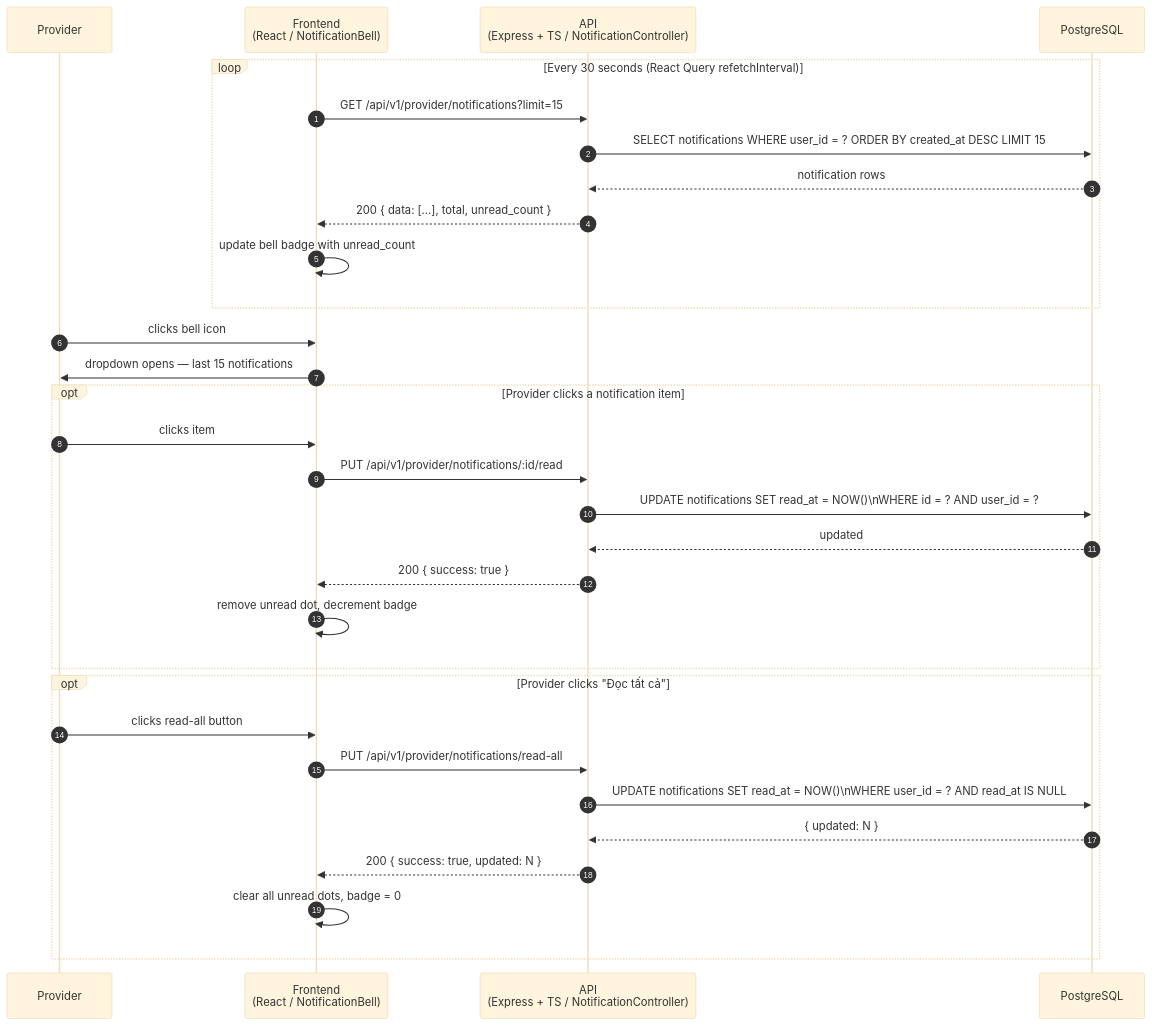
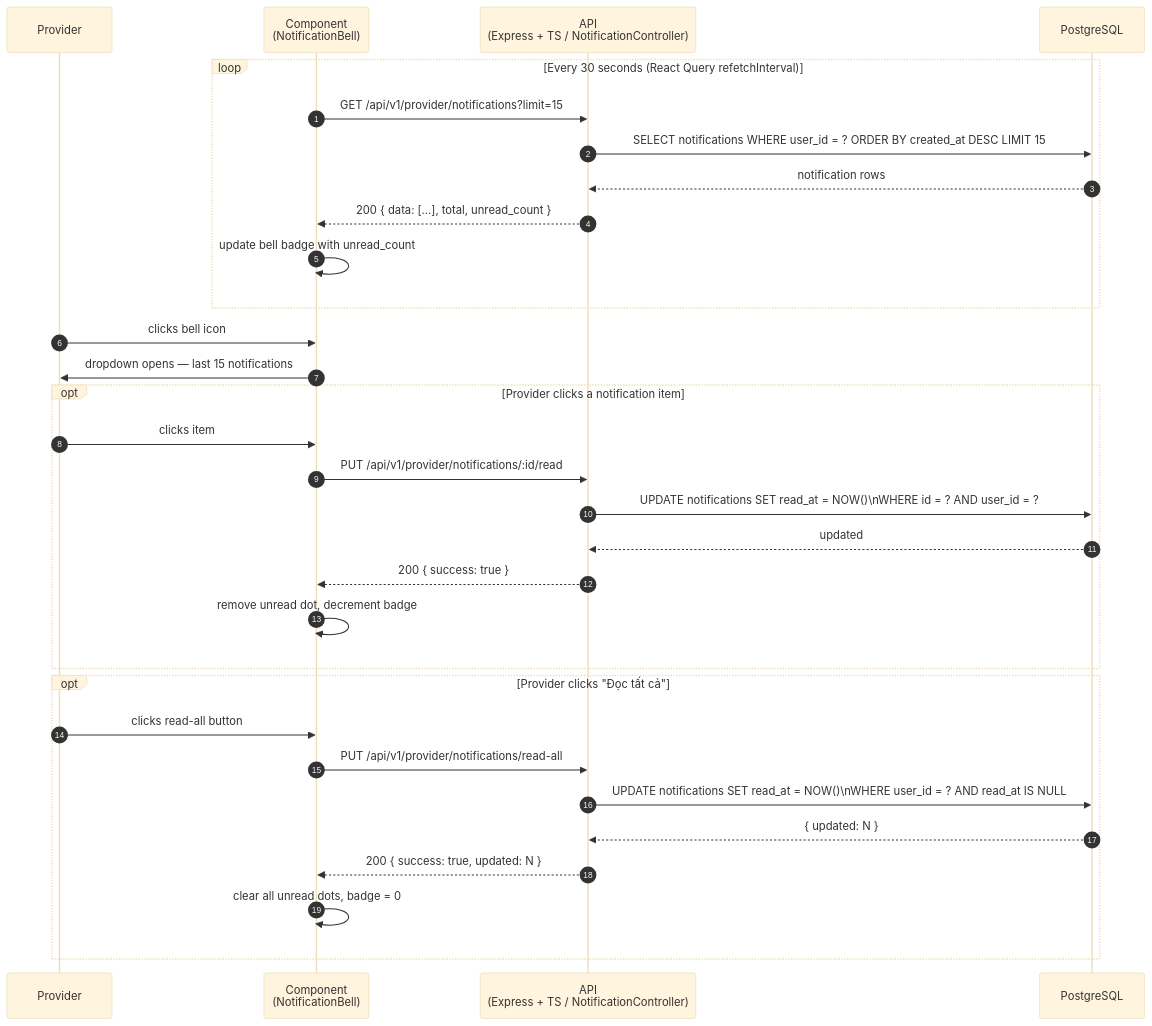
The eighth of 10 diagrams in docs/diagrams/sequence/sequence-flow-provider-onboarding-subscription.md (RCField-SEP490/rcfield-spec), drawn with Mermaid (base theme) before and after one commit. The commit also changed other lines of this file and 15 other files, not shown here.

First line of the commit message:
Add sequence flow diagrams for provider, staff, and supporting operations

````diff
--- a/docs/diagrams/sequence/sequence-flow-provider-onboarding-subscription.md
+++ b/docs/diagrams/sequence/sequence-flow-provider-onboarding-subscription.md
@@ -336,37 +336,37 @@
 ```mermaid
 sequenceDiagram
     autonumber
     participant P as Provider
-    participant MB as Frontend<br/>(React / NotificationBell)
+    participant MB as Component<br/>(NotificationBell)
     participant B as API<br/>(Express + TS / NotificationController)
     participant DB as PostgreSQL
 
     loop Every 30 seconds (React Query refetchInterval)
         MB->>B: GET /api/v1/provider/notifications?limit=15
         B->>DB: SELECT notifications WHERE user_id = ? ORDER BY created_at DESC LIMIT 15
         DB-->>B: notification rows
         B-->>MB: 200 { data: [...], total, unread_count }
         MB->>MB: update bell badge with unread_count
     end
 
     P->>MB: clicks bell icon
     MB->>P: dropdown opens — last 15 notifications
 
     opt Provider clicks a notification item
         P->>MB: clicks item
         MB->>B: PUT /api/v1/provider/notifications/:id/read
         B->>DB: UPDATE notifications SET read_at = NOW()\nWHERE id = ? AND user_id = ?
         DB-->>B: updated
         B-->>MB: 200 { success: true }
         MB->>MB: remove unread dot, decrement badge
     end
 
     opt Provider clicks "Đọc tất cả"
         P->>MB: clicks read-all button
         MB->>B: PUT /api/v1/provider/notifications/read-all
         B->>DB: UPDATE notifications SET read_at = NOW()\nWHERE user_id = ? AND read_at IS NULL
         DB-->>B: { updated: N }
         B-->>MB: 200 { success: true, updated: N }
         MB->>MB: clear all unread dots, badge = 0
     end
 ```
````
